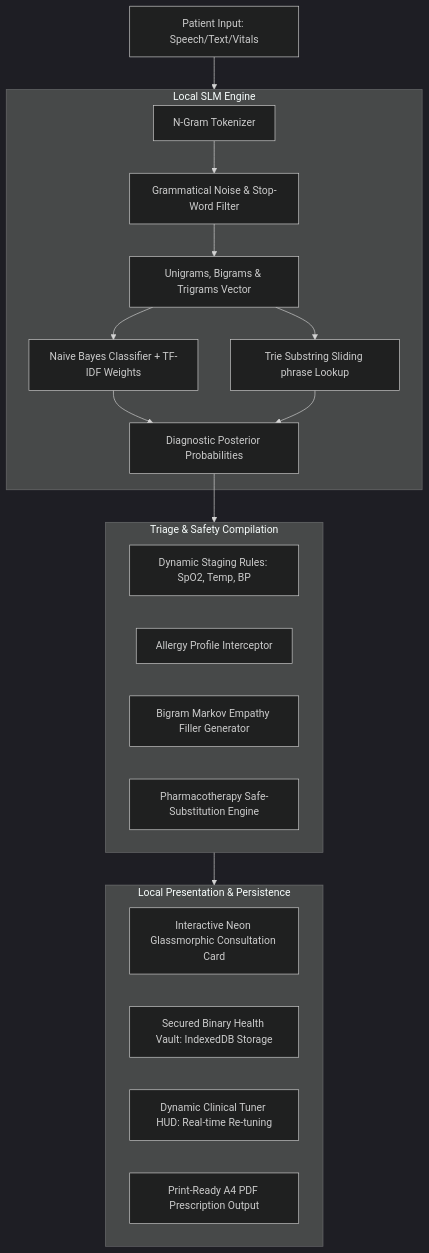
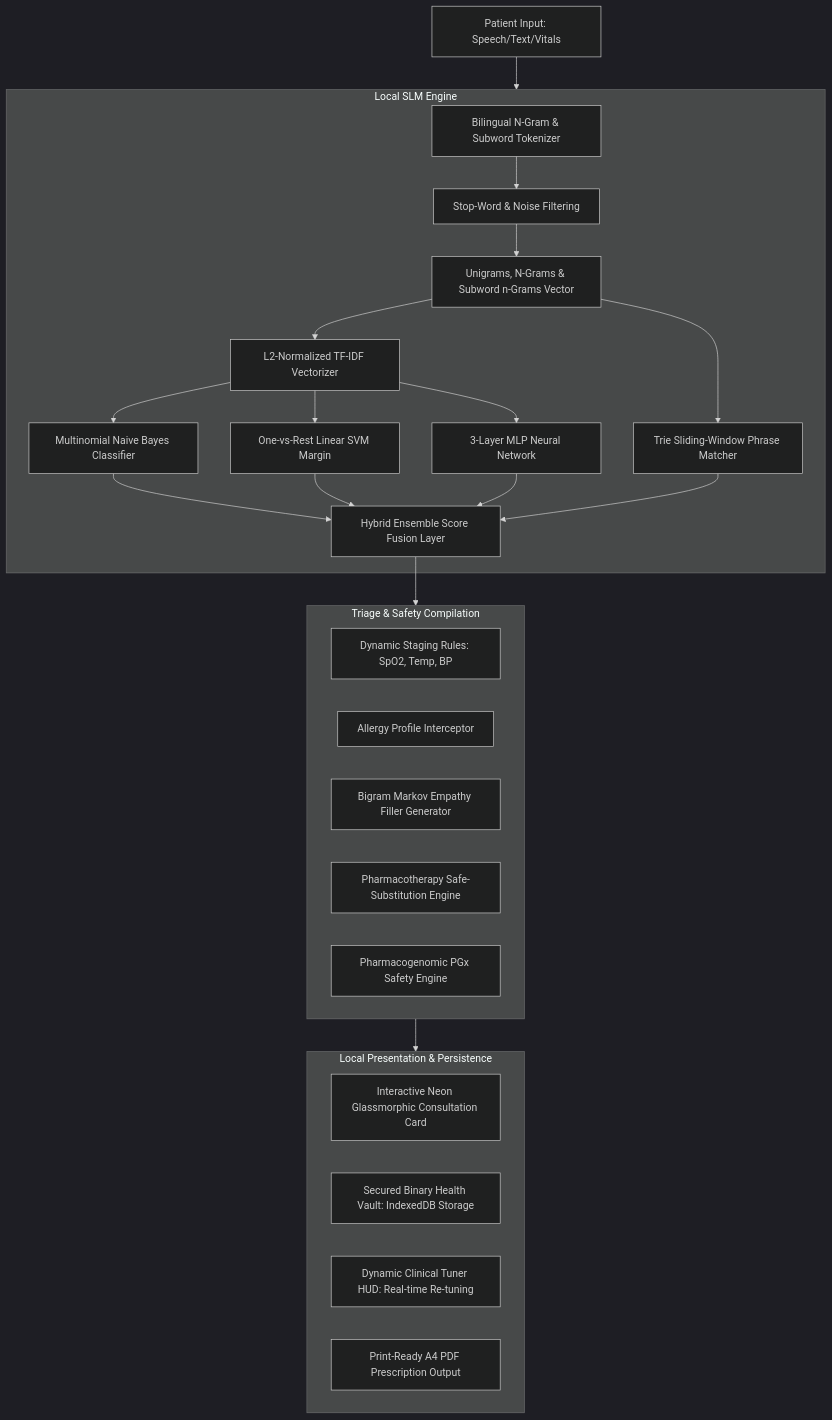
The first of 4 diagrams in README.md (ramanuja-01/Raman-AI), drawn with Mermaid (dark theme) before and after one commit. The commit also changed other lines of this file, not shown here.

Commit message:
docs: document 3-layer MLP and subword n-gram changes in README.md with flowcharts, UML and math formulas

````diff
--- a/README.md
+++ b/README.md
@@ -26,31 +26,37 @@
 ```mermaid
 flowchart TD
     A[Patient Input: Speech/Text/Vitals] --> B[NLP Inference Pipeline]
     
     subgraph B [Local SLM Engine]
-        B1[N-Gram Tokenizer] --> B2[Grammatical Noise & Stop-Word Filter]
-        B2 --> B3[Unigrams, Bigrams & Trigrams Vector]
-        B3 --> B4[Naive Bayes Classifier + TF-IDF Weights]
-        B3 --> B5[Trie Substring Sliding phrase Lookup]
-        B4 --> B6[Diagnostic Posterior Probabilities]
-        B5 --> B6
+        B1[Bilingual N-Gram & Subword Tokenizer] --> B2[Stop-Word & Noise Filtering]
+        B2 --> B3[Unigrams, N-Grams & Subword n-Grams Vector]
+        B3 --> B4[L2-Normalized TF-IDF Vectorizer]
+        
+        %% Parallel Inference Paths
+        B4 --> B5a[Multinomial Naive Bayes Classifier]
+        B4 --> B5b[One-vs-Rest Linear SVM Margin]
+        B4 --> B5c[3-Layer MLP Neural Network]
+        B3 --> B5d[Trie Sliding-Window Phrase Matcher]
+        
+        B5a & B5b & B5c & B5d --> B6[Hybrid Ensemble Score Fusion Layer]
     end
     
     B6 --> C[Clinical Synthesis Engine]
     
     subgraph C [Triage & Safety Compilation]
         C1[Dynamic Staging Rules: SpO2, Temp, BP]
         C2[Allergy Profile Interceptor]
         C3[Bigram Markov Empathy Filler Generator]
         C4[Pharmacotherapy Safe-Substitution Engine]
+        C5[Pharmacogenomic PGx Safety Engine]
     end
     
     C --> D[System Output Layers]
     
     subgraph D [Local Presentation & Persistence]
         D1[Interactive Neon Glassmorphic Consultation Card]
         D2[Secured Binary Health Vault: IndexedDB Storage]
         D3[Dynamic Clinical Tuner HUD: Real-time Re-tuning]
         D4[Print-Ready A4 PDF Prescription Output]
     end
 ```
````
